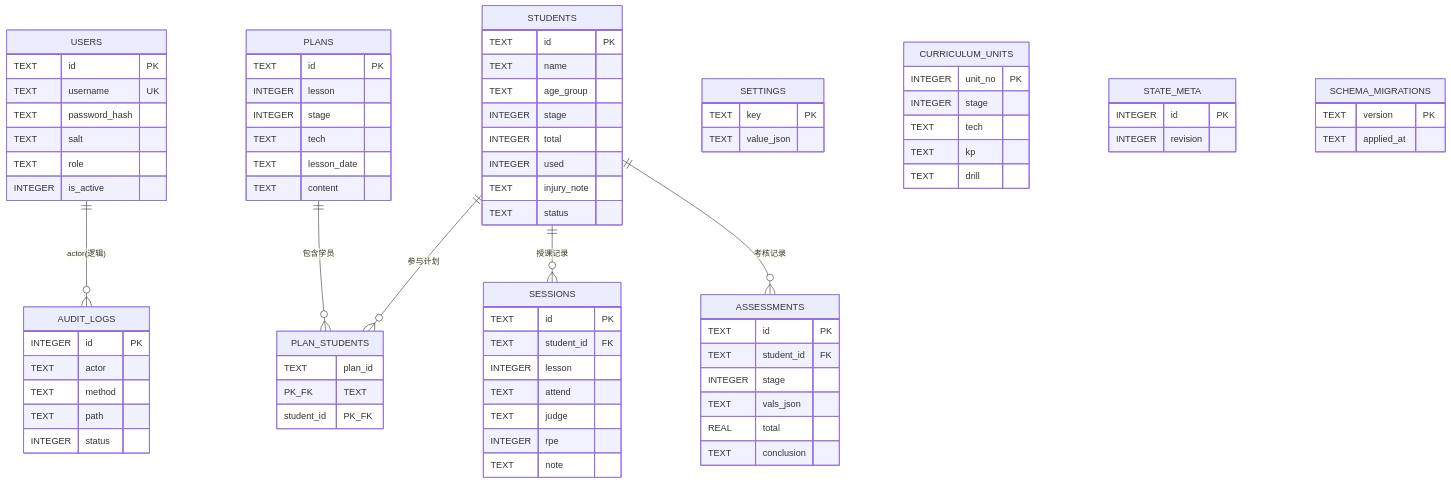
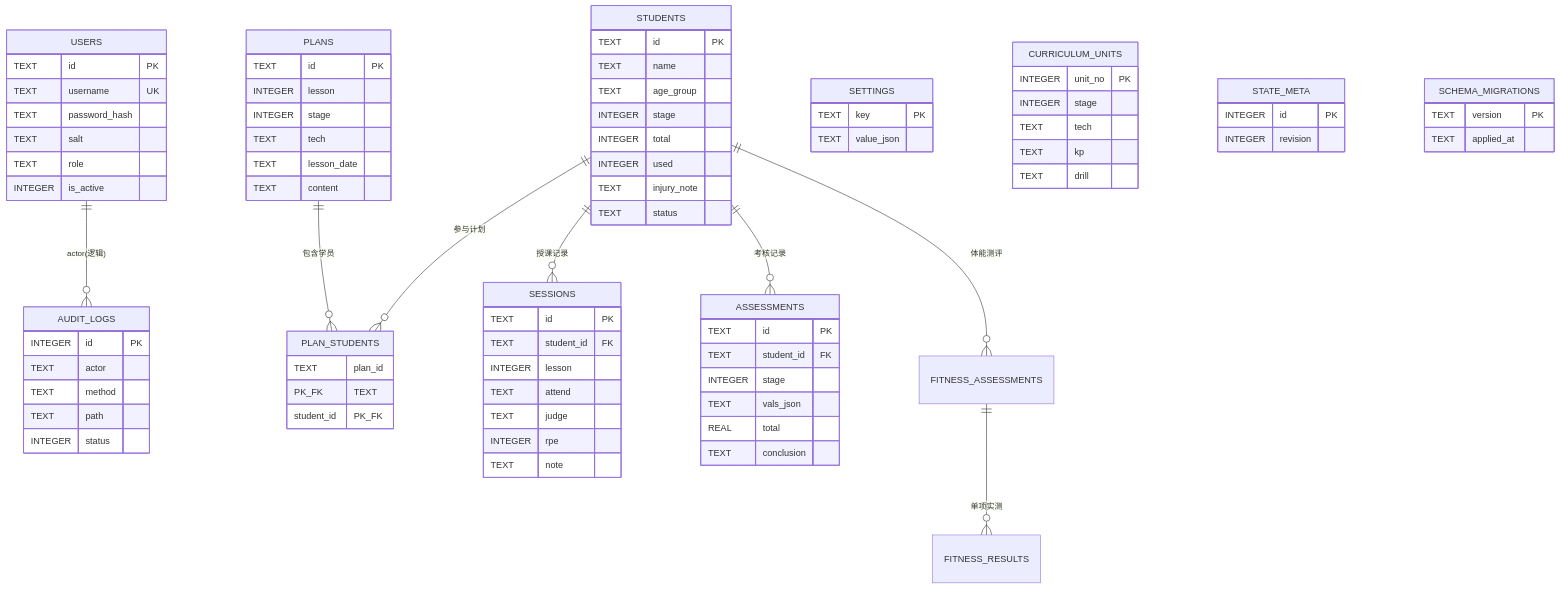
Before and after one commit to jervis829/Pickleball: the first of 3 diagrams in docs/ER.md, drawn with Mermaid. The commit also changed other lines of this file and 27 other files, not shown here.

```diff
--- a/docs/ER.md
+++ b/docs/ER.md
@@ -11,6 +11,8 @@
     PLANS ||--o{ PLAN_STUDENTS : "包含学员"
     STUDENTS ||--o{ SESSIONS : "授课记录"
     STUDENTS ||--o{ ASSESSMENTS : "考核记录"
+    STUDENTS ||--o{ FITNESS_ASSESSMENTS : "体能测评"
+    FITNESS_ASSESSMENTS ||--o{ FITNESS_RESULTS : "单项实测"
 
     USERS {
         TEXT id PK
```
